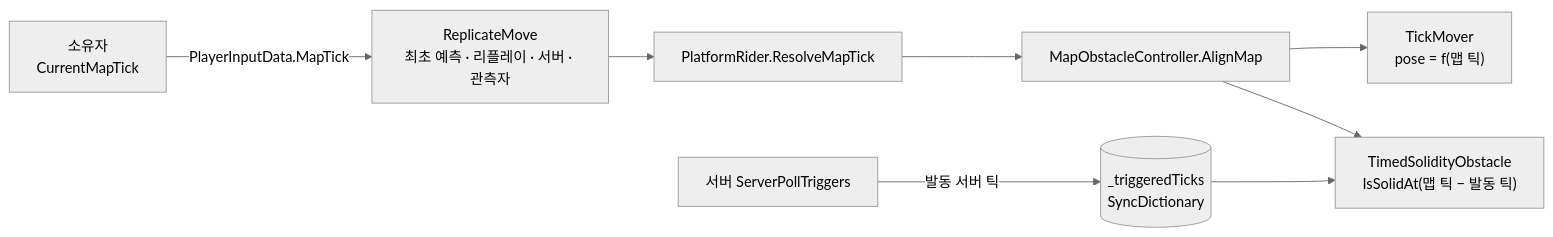
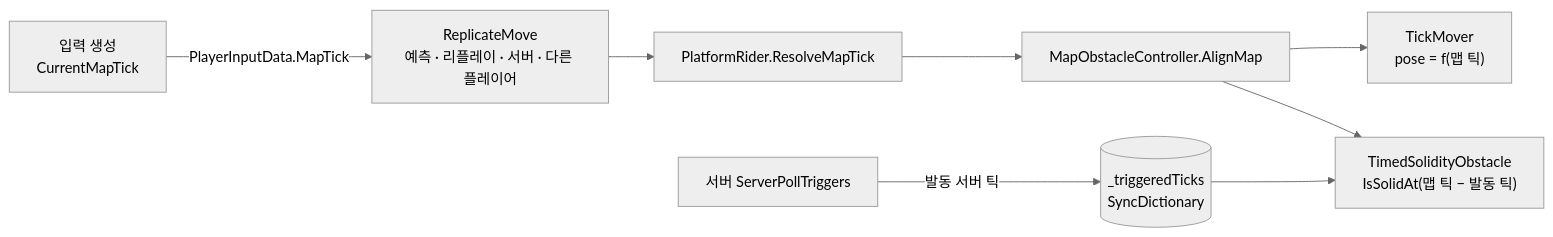
Before and after one commit to jch618/SynchronizedPanic-Portfolio: the diagram in README.md, drawn with Mermaid (neutral theme). The commit also changed other lines of this file and 5 other files, not shown here.

````diff
--- a/README.md
+++ b/README.md
@@ -61,10 +49,10 @@
 ```mermaid
 flowchart LR
-    Owner["소유자<br/>CurrentMapTick"] -- "PlayerInputData.MapTick" --> Run["ReplicateMove<br/>최초 예측 · 리플레이 · 서버 · 관측자"]
+    Owner["입력 생성<br/>CurrentMapTick"] -- "PlayerInputData.MapTick" --> Run["ReplicateMove<br/>예측 · 리플레이 · 서버 · 다른 플레이어"]
     Run --> Rider["PlatformRider.ResolveMapTick"]
     Rider --> Align["MapObstacleController.AlignMap"]
     Align --> Mover["TickMover<br/>pose = f(맵 틱)"]
     Align --> Solid["TimedSolidityObstacle<br/>IsSolidAt(맵 틱 − 발동 틱)"]
     Poll["서버 ServerPollTriggers"] -- "발동 서버 틱" --> Sync[("_triggeredTicks<br/>SyncDictionary")]
     Sync --> Solid
 ```
````
